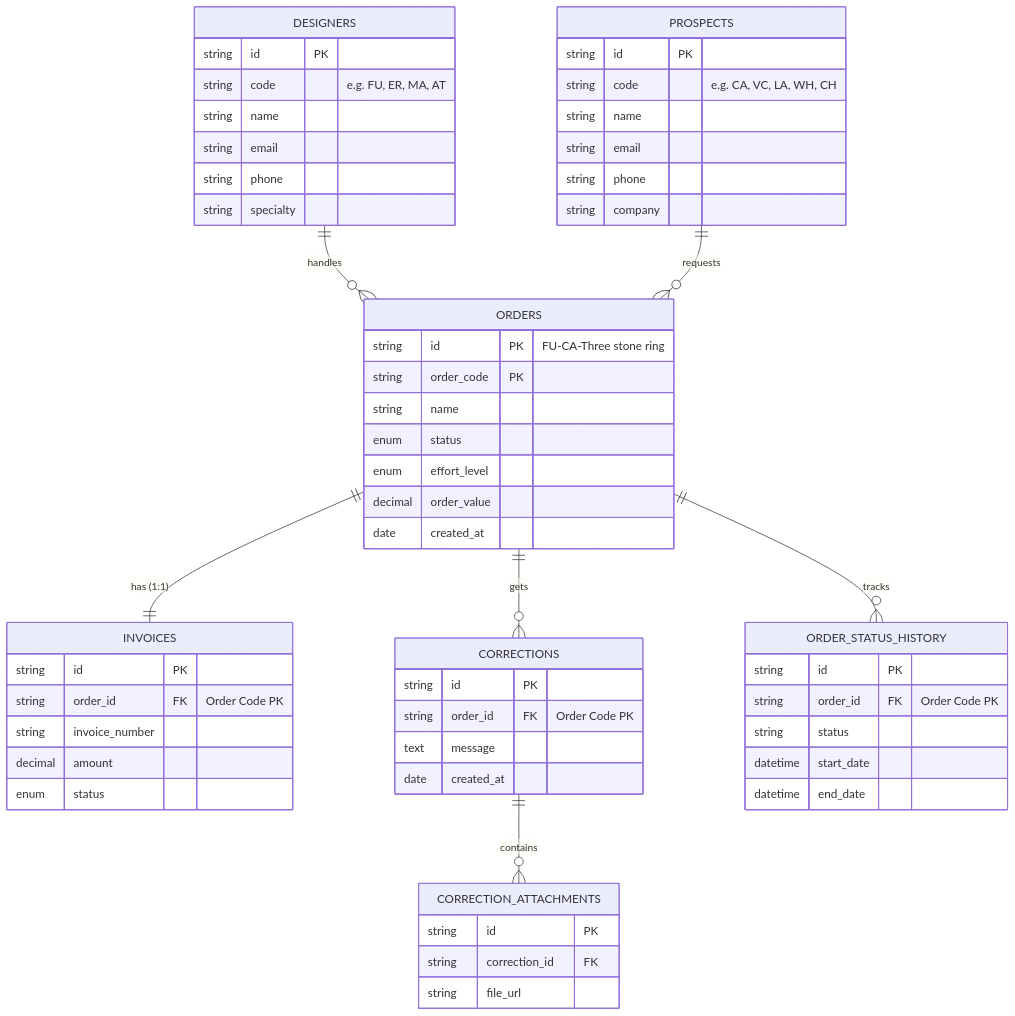
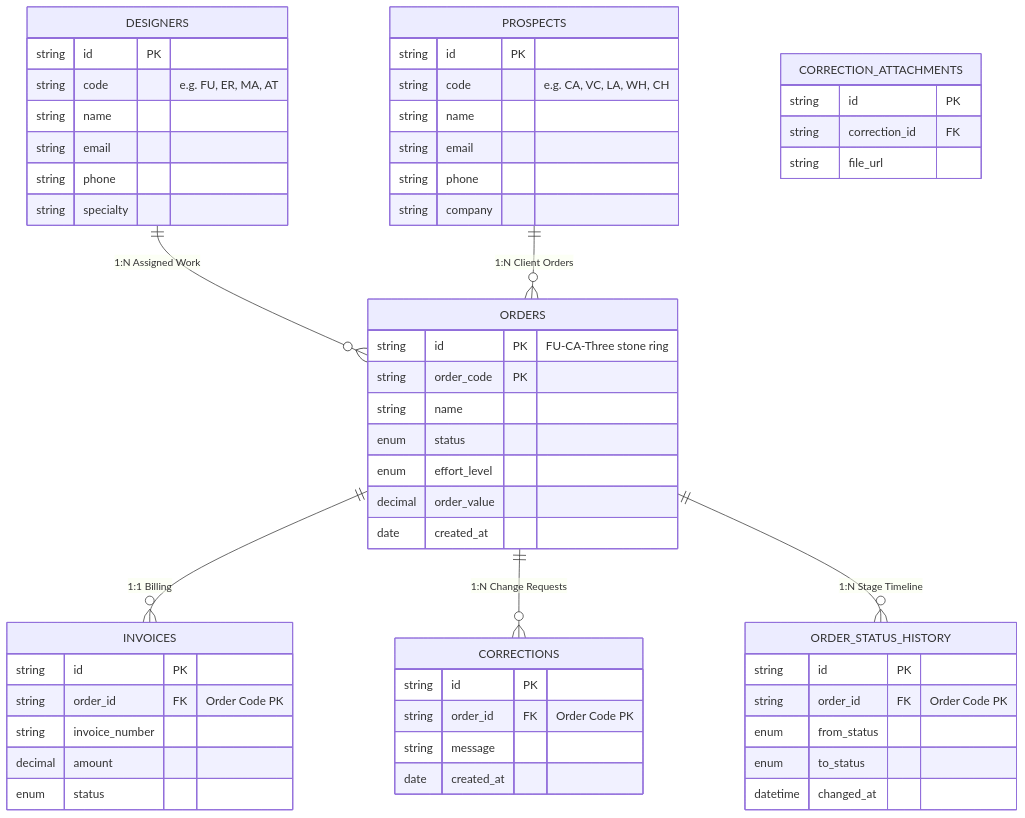
One commit to SyedIrtiza555/AuraCAD changed the second of 2 diagrams in cr/build.md. Above: the diagram before and after it, drawn with Mermaid. The commit also changed other lines of this file and 16 other files, not shown here.

````diff
--- a/cr/build.md
+++ b/cr/build.md
@@ -49,66 +71,65 @@
 ```mermaid
 erDiagram
     ORDERS {
         string id PK "FU-CA-Three stone ring"
         string order_code PK
         string name
         enum status
         enum effort_level
         decimal order_value
         date created_at
     }
 
     DESIGNERS {
         string id PK
         string code "e.g. FU, ER, MA, AT"
         string name
         string email
         string phone
         string specialty
     }
 
     PROSPECTS {
         string id PK
         string code "e.g. CA, VC, LA, WH, CH"
         string name
         string email
         string phone
         string company
     }
 
     INVOICES {
         string id PK
         string order_id FK "Order Code PK"
         string invoice_number
         decimal amount
         enum status
     }
 
     CORRECTIONS {
         string id PK
         string order_id FK "Order Code PK"
-        text message
+        string message
         date created_at
     }
 
     CORRECTION_ATTACHMENTS {
         string id PK
         string correction_id FK
         string file_url
     }
 
     ORDER_STATUS_HISTORY {
         string id PK
         string order_id FK "Order Code PK"
-        string status
-        datetime start_date
-        datetime end_date
+        enum from_status
+        enum to_status
+        datetime changed_at
     }
 
-    DESIGNERS ||--o{ ORDERS : "handles"
-    PROSPECTS ||--o{ ORDERS : "requests"
-    ORDERS ||--|| INVOICES : "has (1:1)"
-    ORDERS ||--o{ CORRECTIONS : "gets"
-    CORRECTIONS ||--o{ CORRECTION_ATTACHMENTS : "contains"
-    ORDERS ||--o{ ORDER_STATUS_HISTORY : "tracks"
+    ORDERS ||--o{ INVOICES : "1:1 Billing"
+    ORDERS ||--o{ CORRECTIONS : "1:N Change Requests"
+    ORDERS ||--o{ ORDER_STATUS_HISTORY : "1:N Stage Timeline"
+    DESIGNERS ||--o{ ORDERS : "1:N Assigned Work"
+    PROSPECTS ||--o{ ORDERS : "1:N Client Orders"
 ```
````
